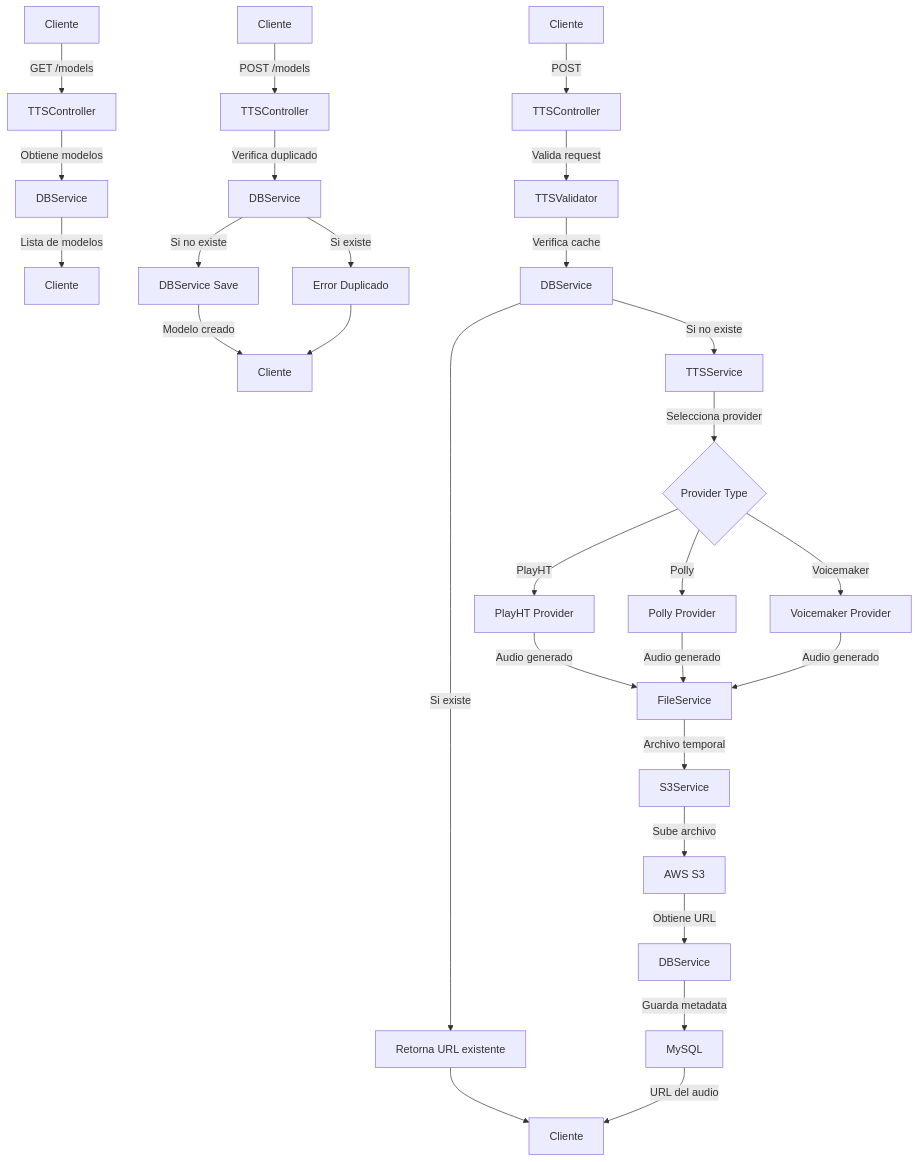
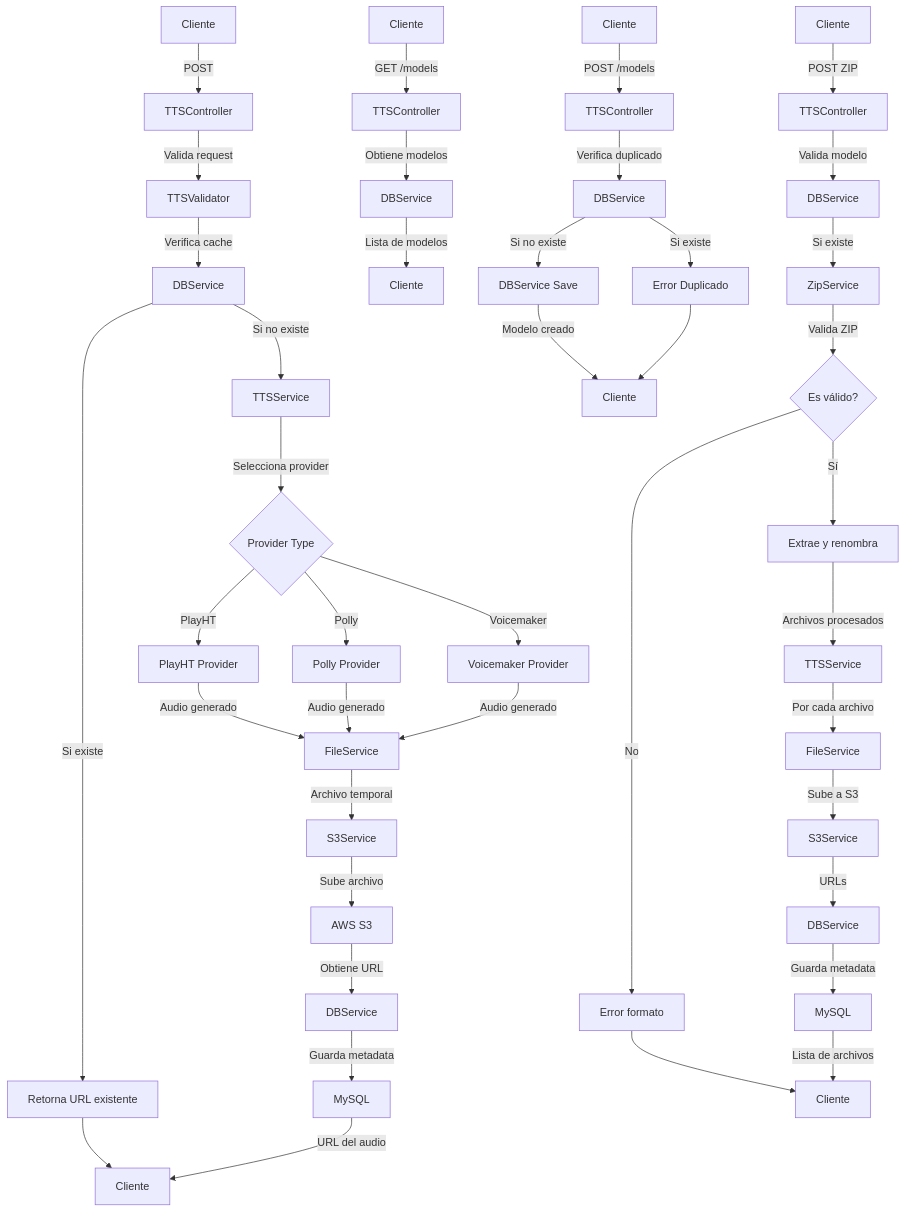
Before and after one commit to ccmarin14/TTS-Service: the diagram in README.md, drawn with Mermaid. The commit also changed other lines of this file and 4 other files, not shown here.

````diff
--- a/README.md
+++ b/README.md
@@ -284,33 +495,48 @@
 ```mermaid
 graph TD
     %% Flujo común para sintetizar audio
     A[Cliente] -->|POST| B[TTSController]
     B -->|Valida request| C[TTSValidator]
     C -->|Verifica cache| D[DBService]
     D -->|Si existe| E[Retorna URL existente]
     D -->|Si no existe| F[TTSService]
     F -->|Selecciona provider| G{Provider Type}
     G -->|PlayHT| H[PlayHT Provider]
     G -->|Polly| I[Polly Provider]
     G -->|Voicemaker| J[Voicemaker Provider]
     H & I & J -->|Audio generado| K[FileService]
     K -->|Archivo temporal| L[S3Service]
     L -->|Sube archivo| M[AWS S3]
     M -->|Obtiene URL| N[DBService]
     N -->|Guarda metadata| O[MySQL]
     O -->|URL del audio| P[Cliente]
     E -->P
 
+    %% Flujo para cargar ZIP
+    AA[Cliente] -->|POST ZIP| BB[TTSController]
+    BB -->|Valida modelo| CC[DBService]
+    CC -->|Si existe| DD[ZipService]
+    DD -->|Valida ZIP| EE{Es válido?}
+    EE -->|No| FF[Error formato]
+    EE -->|Sí| GG[Extrae y renombra]
+    GG -->|Archivos procesados| HH[TTSService]
+    HH -->|Por cada archivo| II[FileService]
+    II -->|Sube a S3| JJ[S3Service]
+    JJ -->|URLs| KK[DBService]
+    KK -->|Guarda metadata| LL[MySQL]
+    LL -->|Lista de archivos| MM[Cliente]
+    FF -->MM
+
     %% Flujo para obtener modelos
     Q[Cliente] -->|GET /models| R[TTSController]
     R -->|Obtiene modelos| S[DBService]
     S -->|Lista de modelos| T[Cliente]
 
     %% Flujo para crear modelo
     U[Cliente] -->|POST /models| V[TTSController]
     V -->|Verifica duplicado| W[DBService]
     W -->|Si no existe| X[DBService Save]
     X -->|Modelo creado| Y[Cliente]
     W -->|Si existe| Z[Error Duplicado]
     Z -->Y
 ```
````
